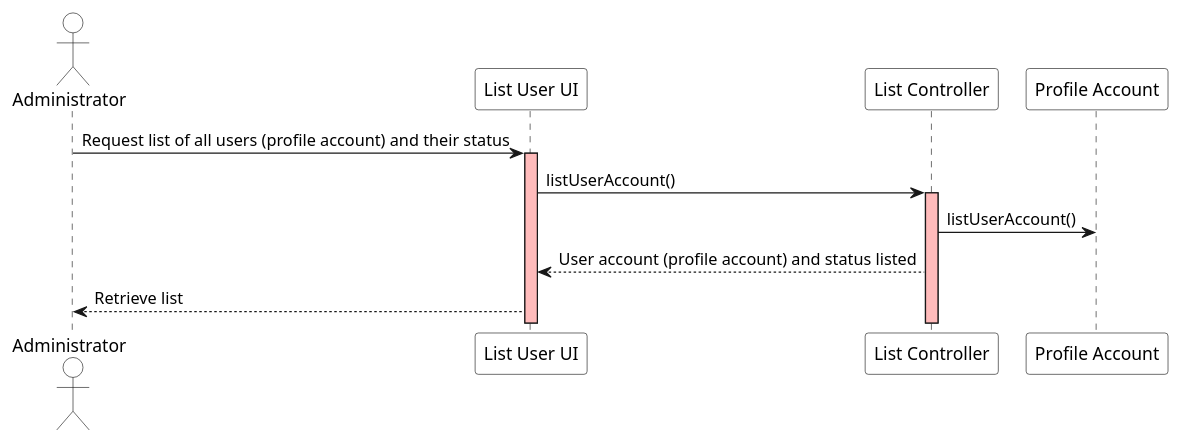
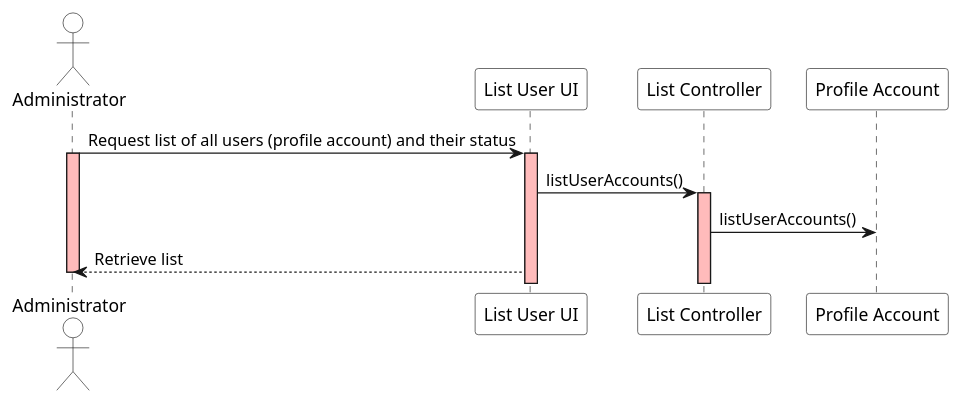
The diagram in docs/modelling_design/user_stories/us004/US004_ListAllAccountsAndStatusSD.puml (ivo-menezes/project_g3), drawn with PlantUML before and after one commit.

Commit message:
US004: Design: US004_ListAllAccountsAndStatusSD (update)

```diff
--- a/docs/modelling_design/user_stories/us004/US004_ListAllAccountsAndStatusSD.puml
+++ b/docs/modelling_design/user_stories/us004/US004_ListAllAccountsAndStatusSD.puml
@@ -1,20 +1,21 @@
 @startuml
 
 actor Administrator as Administrator #white
 participant "List User UI" as UI #white
 participant "List Controller" as Controller #white
 participant "Profile Account" as Account #white
 
 
 Administrator ->  UI: Request list of all users (profile account) and their status
-
+activate Administrator #FFBBBB
 activate UI #FFBBBB
-UI -> Controller: listUserAccount()
+UI -> Controller: listUserAccounts()
 
 activate Controller #FFBBBB
-Controller -> Account: listUserAccount()
+Controller -> Account: listUserAccounts()
 
-Controller --> UI: User account (profile account) and status listed
+'Controller --> UI: User account (profile account) and status listed
 
 UI --> Administrator: Retrieve list
+deactivate Administrator #FFBBBB
 @enduml
```
